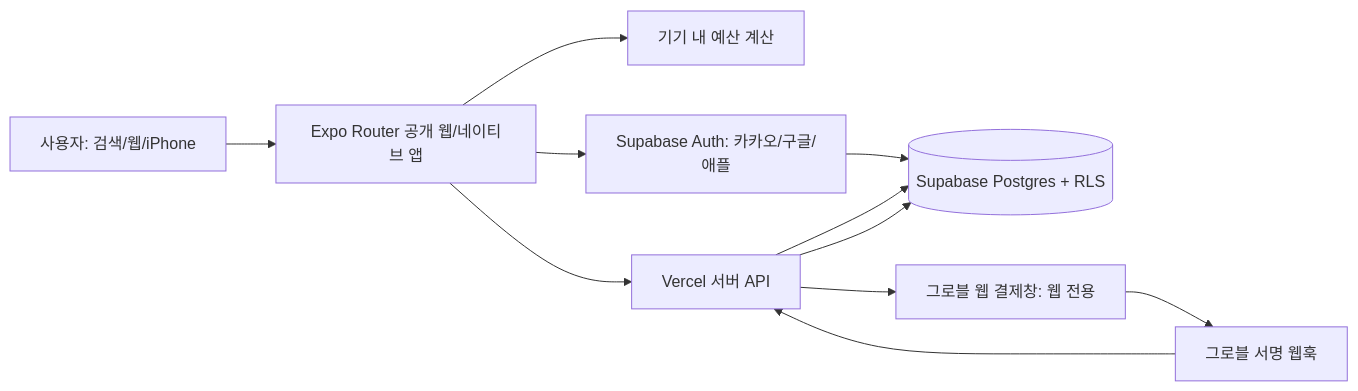
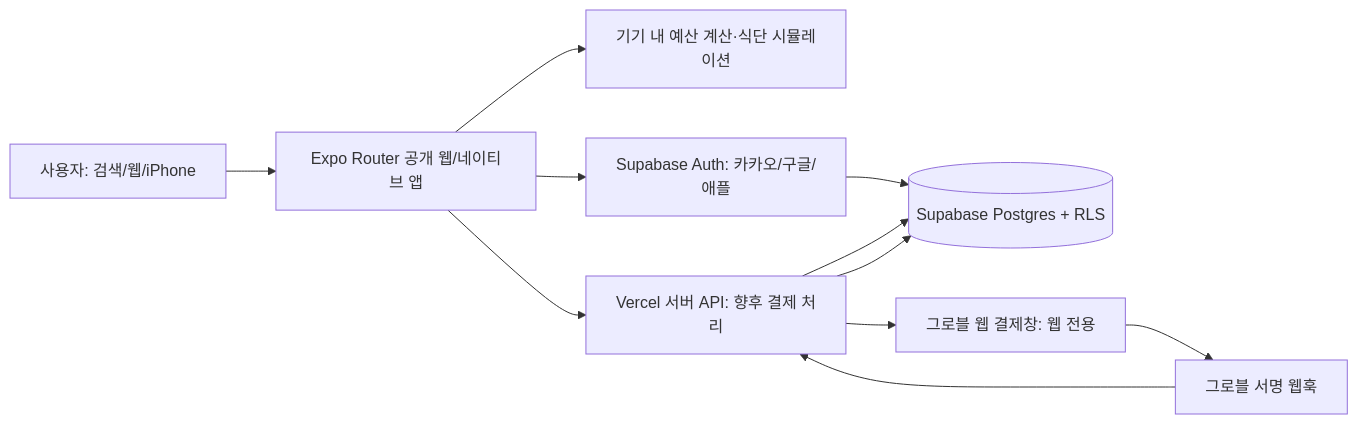
One commit to 2516511seseo/Vibe-Coding changed the third of 3 diagrams in PRD.md. Above: the diagram before and after it, drawn with Mermaid. The commit also changed other lines of this file and 10 other files, not shown here.

````diff
--- a/PRD.md
+++ b/PRD.md
@@ -322,13 +328,13 @@
 ```mermaid
 flowchart LR
     U[사용자: 검색/웹/iPhone] --> W[Expo Router 공개 웹/네이티브 앱]
-    W --> C[기기 내 예산 계산]
+    W --> C[기기 내 예산 계산·식단 시뮬레이션]
     W --> A[Supabase Auth: 카카오/구글/애플]
     A --> DB[(Supabase Postgres + RLS)]
-    W --> API[Vercel 서버 API]
+    W --> API[Vercel 서버 API: 향후 결제 처리]
     API --> DB
     API --> G[그로블 웹 결제창: 웹 전용]
     G --> WH[그로블 서명 웹훅]
     WH --> API
     API --> DB
 ```
````
